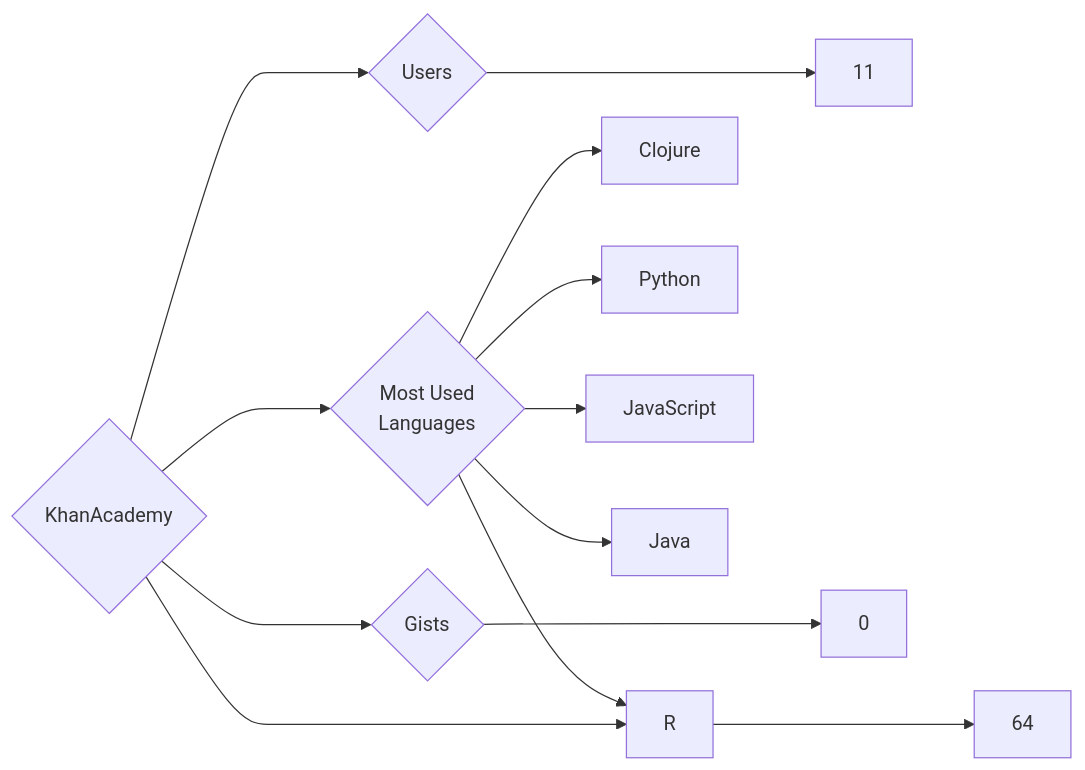
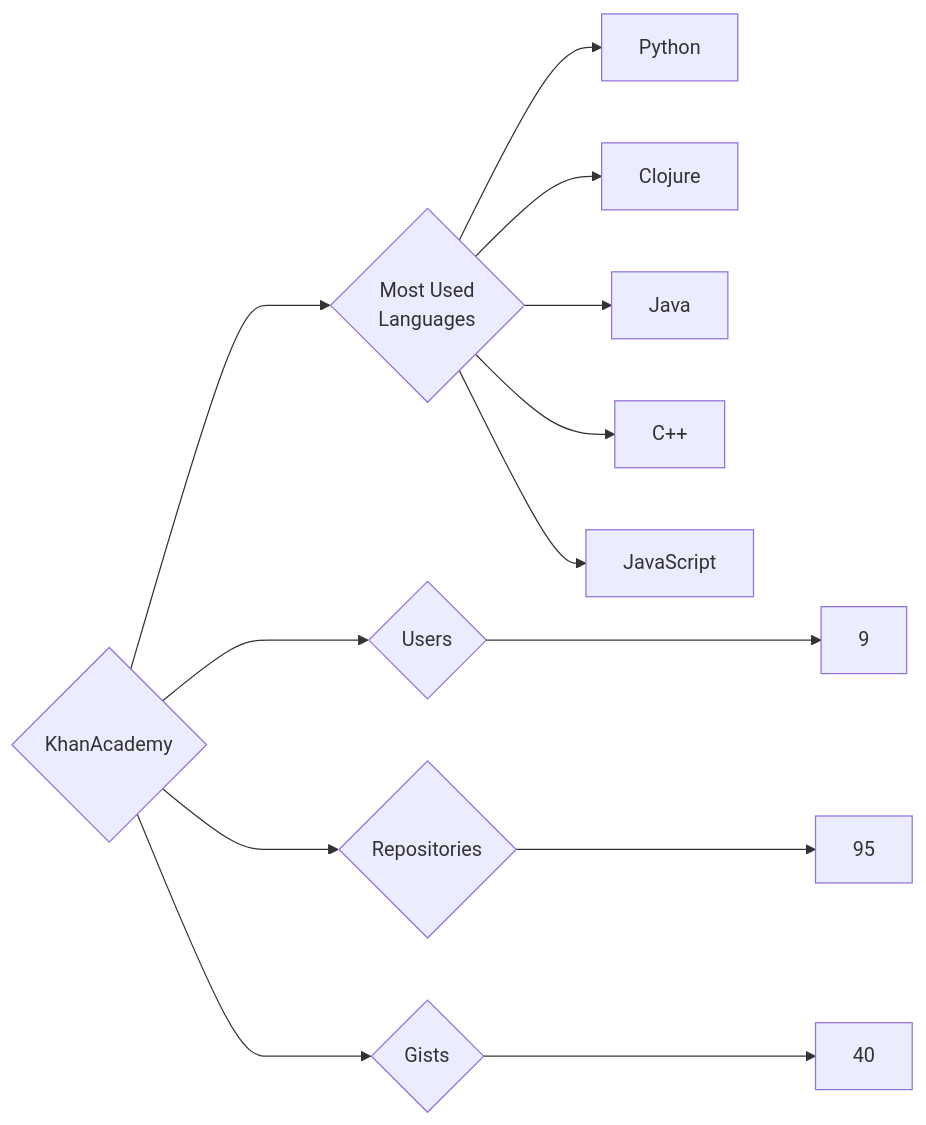
The diagram in targets/KhanAcademy/README.md (trickest/insiders), drawn with Mermaid before and after one commit. The commit also changed 1248 other files, not shown here.

````diff
--- a/targets/KhanAcademy/README.md
+++ b/targets/KhanAcademy/README.md
@@ -3,13 +3,13 @@
 ```mermaid
 graph LR
 COMPANY_NAME{KhanAcademy}
-COMPANY_NAME ---> U{Users} ---> UN[11]
-COMPANY_NAME ---> R{Repositories} ---> RN[64]
-COMPANY_NAME ---> G{Gists} ---> GN[0]
+COMPANY_NAME ---> U{Users} ---> UN[9]
+COMPANY_NAME ---> R{Repositories} ---> RN[95]
+COMPANY_NAME ---> G{Gists} ---> GN[40]
 COMPANY_NAME ---> ML{Most Used<br>Languages}
+ML --> Python[Python]
 ML --> Clojure[Clojure]
-ML --> Python[Python]
+ML --> Java[Java]
+ML --> C++[C++]
 ML --> JavaScript[JavaScript]
-ML --> Java[Java]
-ML --> R[R]
 ```
````
